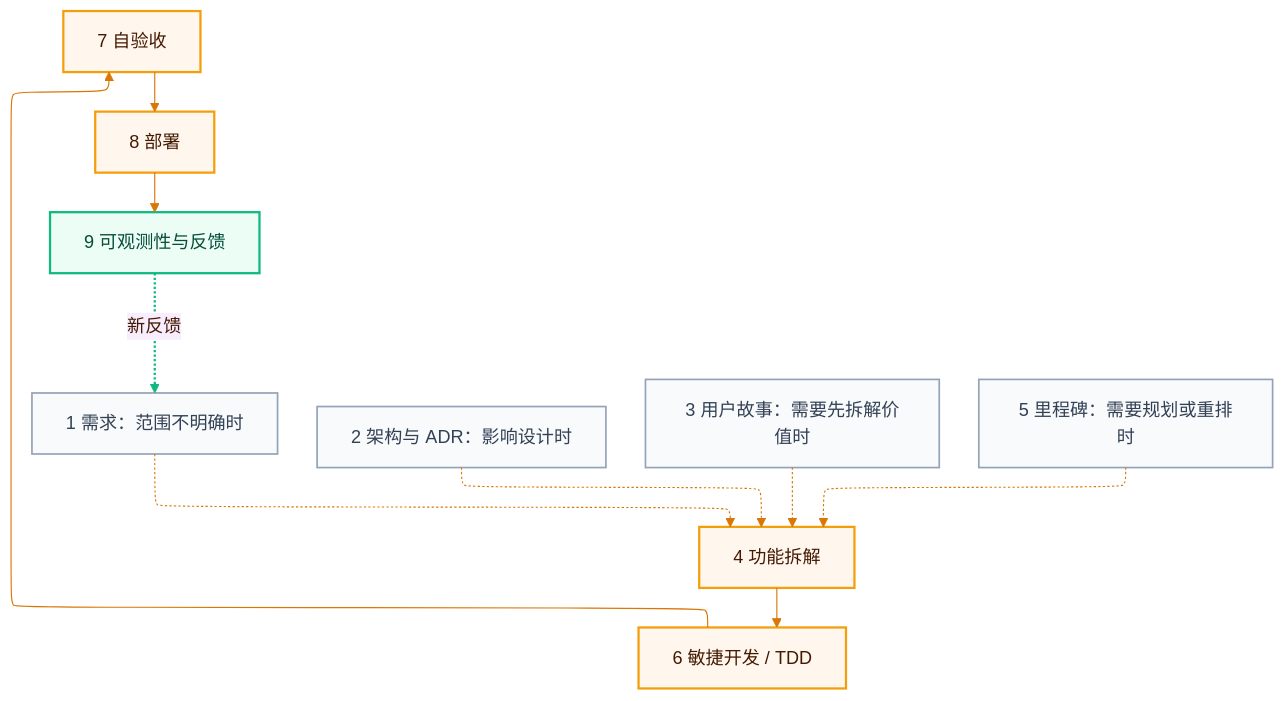
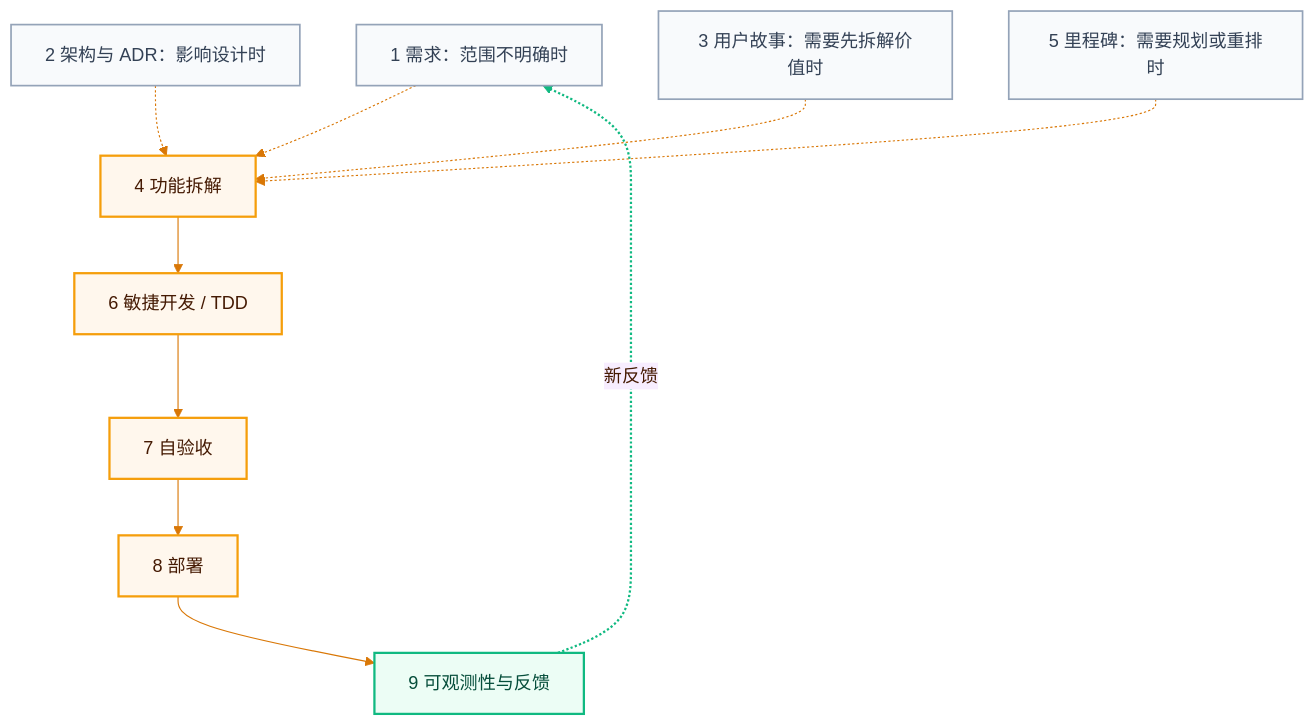
One commit to Caesarlo/SDLC-Harness-docs changed the second of 2 diagrams in concepts/how-it-works.mdx. Above: the diagram before and after it, drawn with Mermaid. The commit also changed 3 other files, not shown here.

First line of the commit message:
Remove ELK layout directive from flowchart diagrams

````diff
--- a/concepts/how-it-works.mdx
+++ b/concepts/how-it-works.mdx
@@ -68,20 +68,20 @@
 ```mermaid placement="top-right" actions={true}
-%%{init: {"flowchart": {"defaultRenderer": "elk", "curve": "basis"}, "theme": "base", "themeVariables": {"fontFamily": "Inter, ui-sans-serif, system-ui, sans-serif", "primaryColor": "#FFF7ED", "primaryBorderColor": "#F59E0B", "primaryTextColor": "#451A03", "lineColor": "#D97706", "tertiaryColor": "#FFFBEB"}}}%%
+%%{init: {"flowchart": {"curve": "basis"}, "theme": "base", "themeVariables": {"fontFamily": "Inter, ui-sans-serif, system-ui, sans-serif", "primaryColor": "#FFF7ED", "primaryBorderColor": "#F59E0B", "primaryTextColor": "#451A03", "lineColor": "#D97706", "tertiaryColor": "#FFFBEB"}}}%%
 flowchart TB
   A["1 需求：范围不明确时"] -.-> D
   B["2 架构与 ADR：影响设计时"] -.-> D
   C["3 用户故事：需要先拆解价值时"] -.-> D
   E["5 里程碑：需要规划或重排时"] -.-> D
   D["4 功能拆解"] --> F["6 敏捷开发 / TDD"]
   F --> G["7 自验收"]
   G --> H["8 部署"]
   H --> I["9 可观测性与反馈"]
   I -."新反馈".-> A
   classDef optional fill:#F8FAFC,stroke:#94A3B8,color:#334155,stroke-width:1.5px
   classDef core fill:#FFF7ED,stroke:#F59E0B,color:#451A03,stroke-width:2px
   classDef feedback fill:#ECFDF5,stroke:#10B981,color:#064E3B,stroke-width:2px
   class A,B,C,E optional
   class D,F,G,H core
   class I feedback
   linkStyle 8 stroke:#10B981,stroke-width:2px
 ```
````
